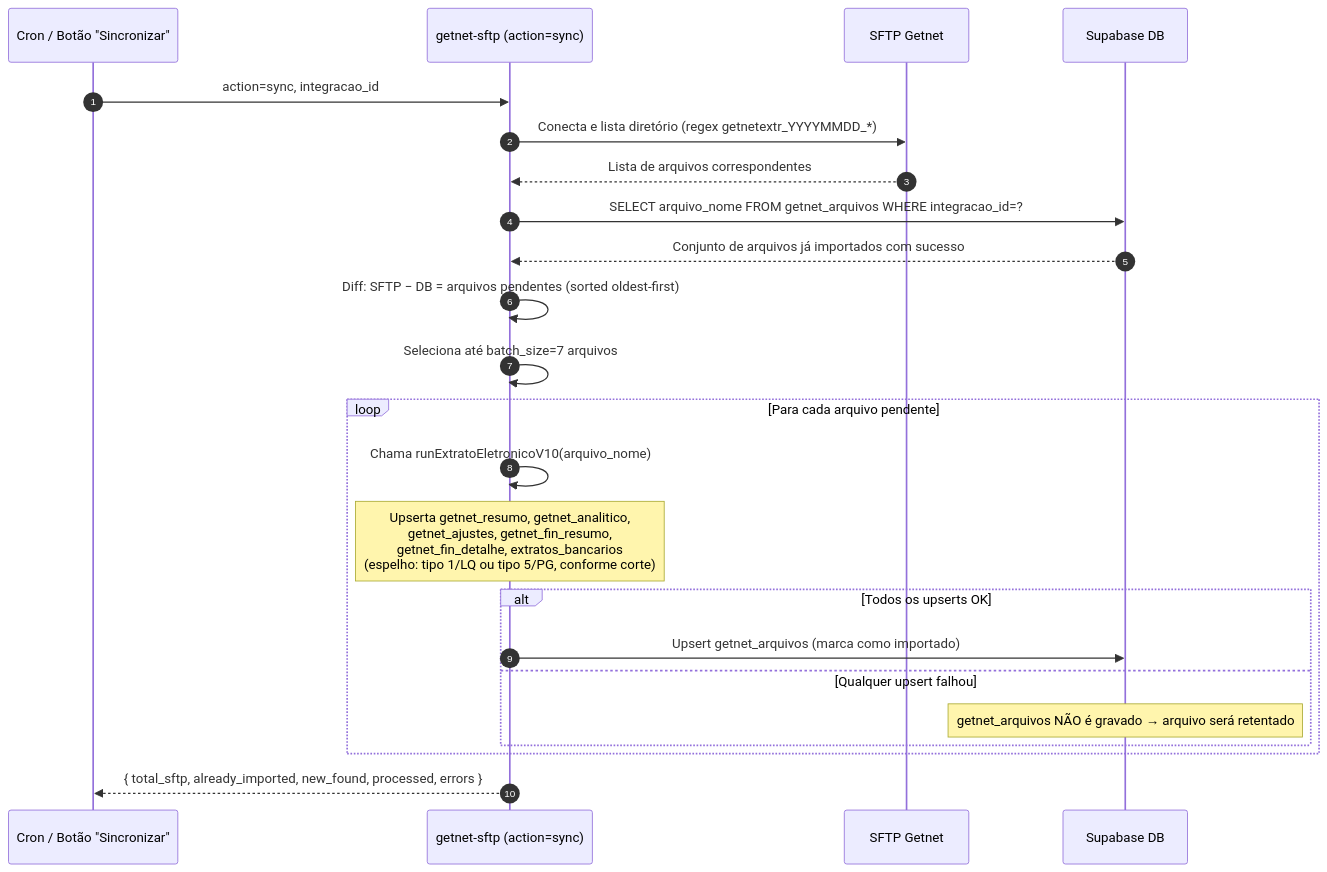
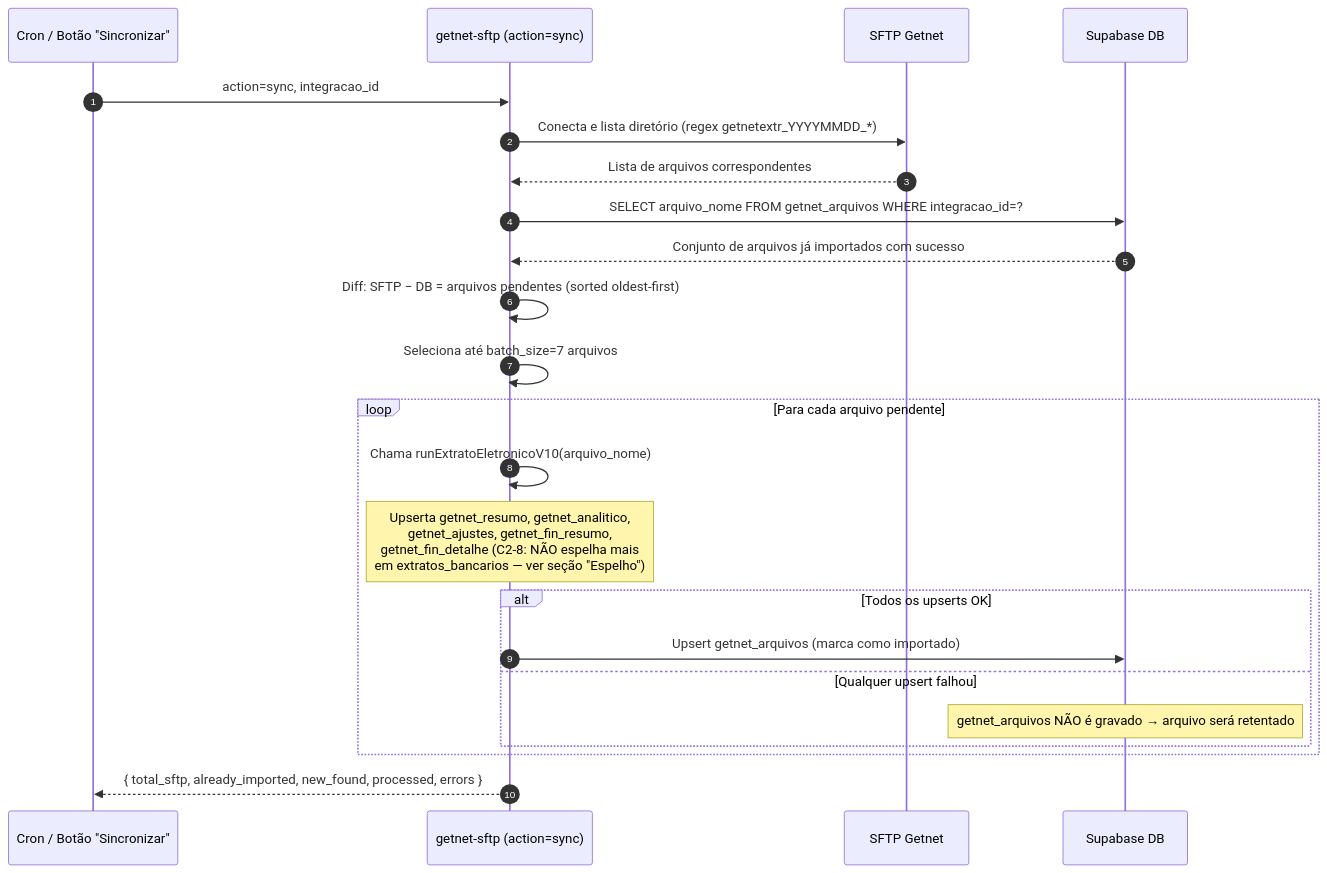
The diagram in docs/diagramas/exports/fluxo-getnet-sftp_2.mmd (adrianoapc/igreja-carvalho), drawn with Mermaid before and after one commit. The commit also changed 30 other files, not shown here.

Commit message:
chore(diagrams): export mermaid PNGs

```diff
--- a/docs/diagramas/exports/fluxo-getnet-sftp_2.mmd
+++ b/docs/diagramas/exports/fluxo-getnet-sftp_2.mmd
@@ -1,26 +1,26 @@
 sequenceDiagram
     autonumber
     participant Cron as Cron / Botão "Sincronizar"
     participant Fn as getnet-sftp (action=sync)
     participant SFTP as SFTP Getnet
     participant DB as Supabase DB
 
     Cron->>Fn: action=sync, integracao_id
     Fn->>SFTP: Conecta e lista diretório (regex getnetextr_YYYYMMDD_*)
     SFTP-->>Fn: Lista de arquivos correspondentes
     Fn->>DB: SELECT arquivo_nome FROM getnet_arquivos WHERE integracao_id=?
     DB-->>Fn: Conjunto de arquivos já importados com sucesso
     Fn->>Fn: Diff: SFTP − DB = arquivos pendentes (sorted oldest-first)
     Fn->>Fn: Seleciona até batch_size=7 arquivos
 
     loop Para cada arquivo pendente
         Fn->>Fn: Chama runExtratoEletronicoV10(arquivo_nome)
-        Note over Fn: Upserta getnet_resumo, getnet_analitico,<br/>getnet_ajustes, getnet_fin_resumo,<br/>getnet_fin_detalhe, extratos_bancarios<br/>(espelho: tipo 1/LQ ou tipo 5/PG, conforme corte)
+        Note over Fn: Upserta getnet_resumo, getnet_analitico,<br/>getnet_ajustes, getnet_fin_resumo,<br/>getnet_fin_detalhe (C2-8: NÃO espelha mais<br/>em extratos_bancarios — ver seção "Espelho")
         alt Todos os upserts OK
             Fn->>DB: Upsert getnet_arquivos (marca como importado)
         else Qualquer upsert falhou
             Note over DB: getnet_arquivos NÃO é gravado → arquivo será retentado
         end
     end
 
     Fn-->>Cron: { total_sftp, already_imported, new_found, processed, errors }
```
